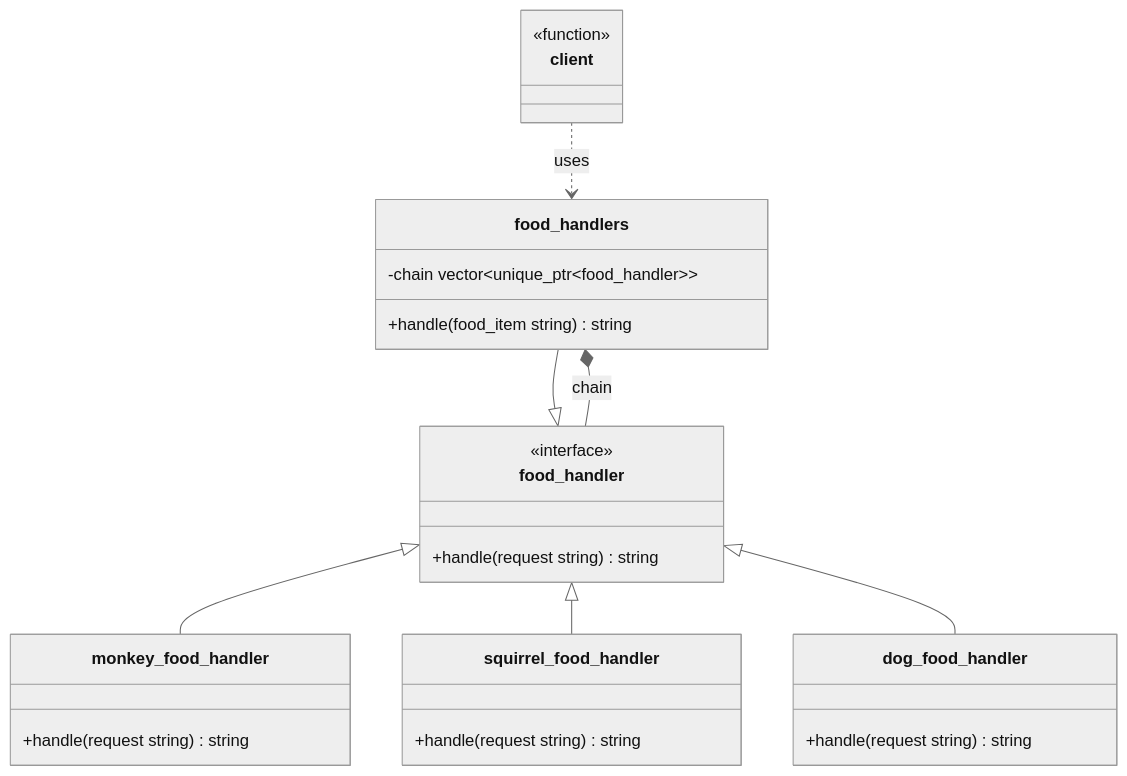
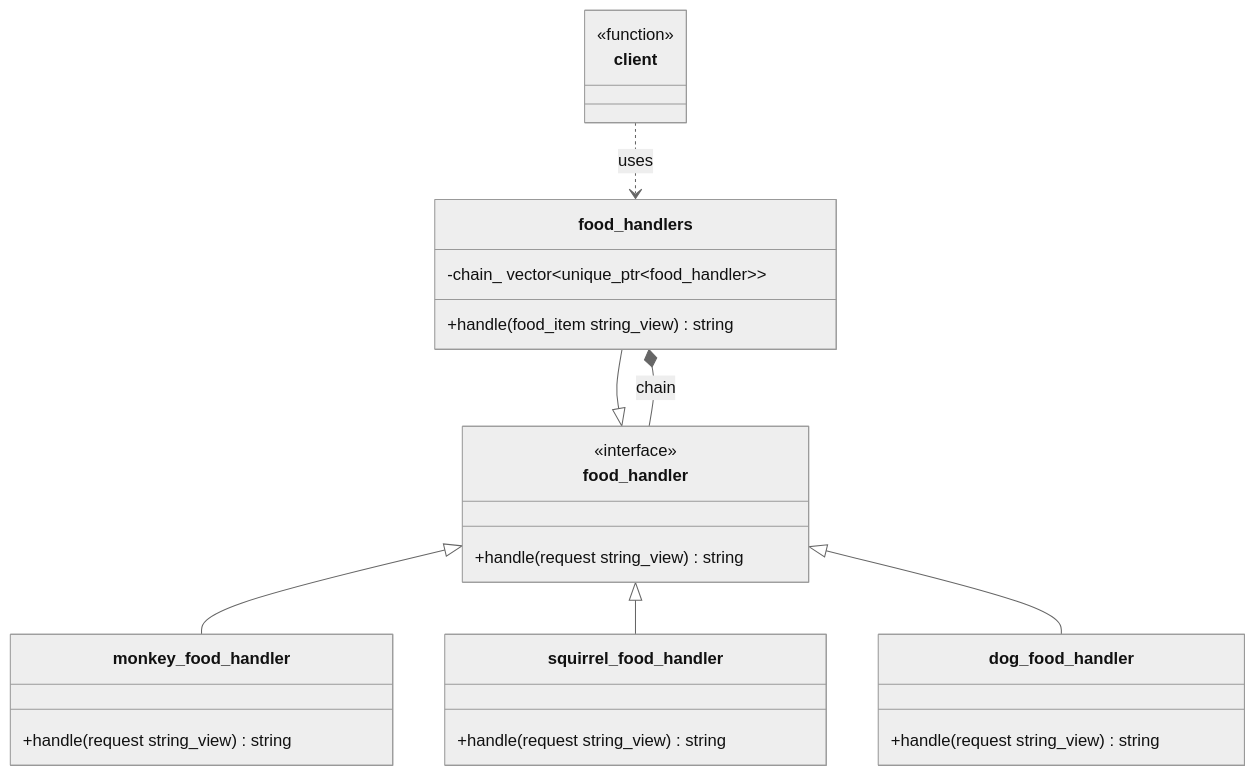
Before and after one commit to DaveParillo/cisc187-reader: the first of 2 diagrams in src/class-III-design/pattern-chain.rst, drawn with Mermaid (neutral theme). The commit also changed other lines of this file, not shown here.

Commit message:
modernize chain of responsibility example.

```diff
--- a/src/class-III-design/pattern-chain.rst
+++ b/src/class-III-design/pattern-chain.rst
@@ -36,33 +36,33 @@
 .. mermaid::
    :alt: Food handler chain UML class diagram
    :caption: Food handler chain of responsibility
 
    classDiagram
       direction TB
       client ..> food_handlers : uses
       food_handlers --|> food_handler
       food_handler <|-- monkey_food_handler
       food_handler <|-- squirrel_food_handler
       food_handler <|-- dog_food_handler
       food_handler --* food_handlers : chain
 
       class food_handler {
         <<interface>>
-        +handle(request string) string
+        +handle(request string_view) string
       }
       class monkey_food_handler {
-        +handle(request string) string
+        +handle(request string_view) string
       }
       class squirrel_food_handler {
-        +handle(request string) string
+        +handle(request string_view) string
       }
       class dog_food_handler {
-        +handle(request string) string
+        +handle(request string_view) string
       }
       class food_handlers {
-        -chain vector~unique_ptr~food_handler~~
-        +handle(food_item string) string
+        -chain_ vector~unique_ptr~food_handler~~
+        +handle(food_item string_view) string
       }
       class client {
         <<function>>
       }
```
